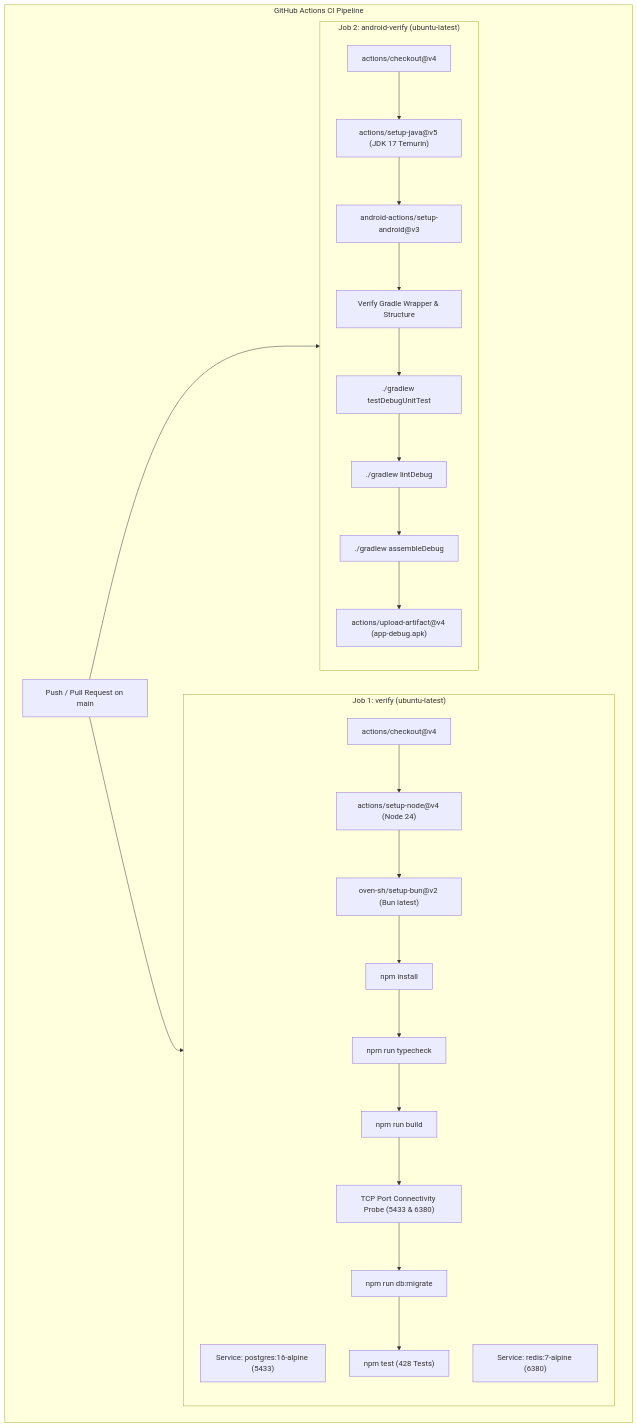
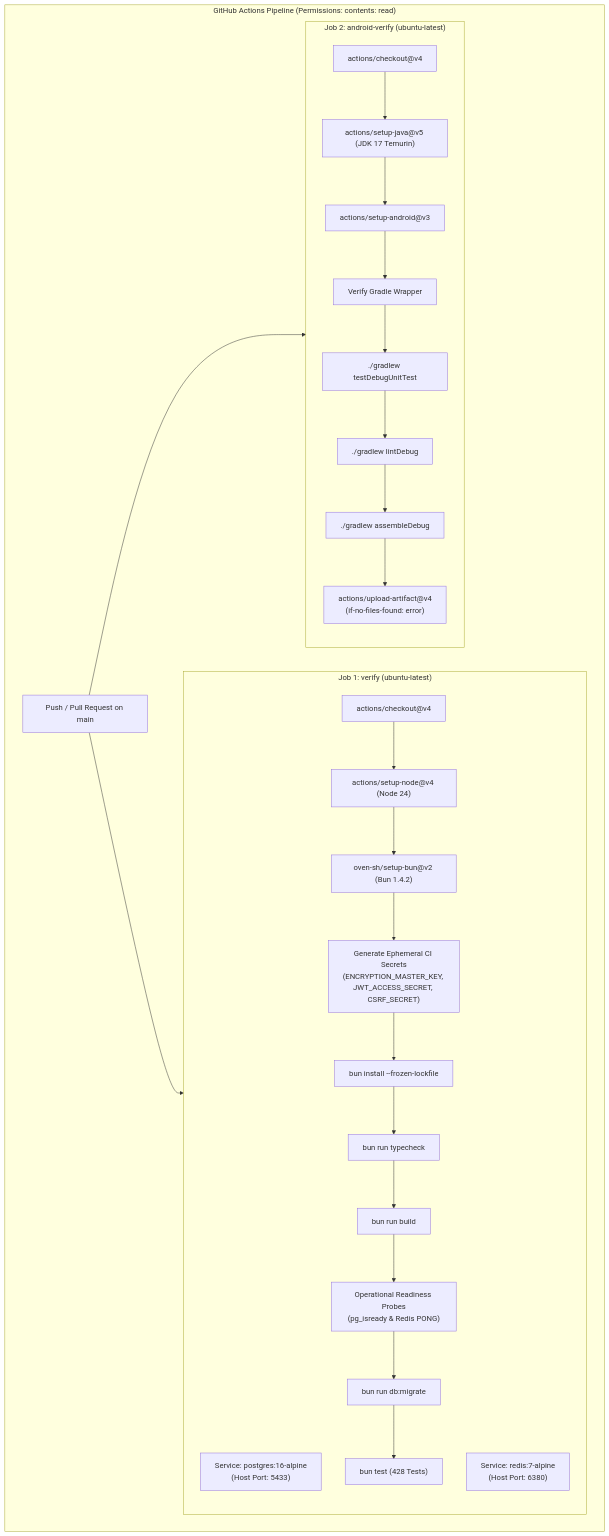
The diagram in docs/reports/REMOTE_CI_READINESS.md (realmadede/BriskSMS), drawn with Mermaid before and after one commit. The commit also changed other lines of this file and 9 other files, not shown here.

Commit message:
chore(ci): enforce authoritative bun package manager, ephemeral secrets, and operational readiness probes

````diff
--- a/docs/reports/REMOTE_CI_READINESS.md
+++ b/docs/reports/REMOTE_CI_READINESS.md
@@ -52,30 +75,31 @@
 ```mermaid
 flowchart TD
-    subgraph GitHub_Actions["GitHub Actions CI Pipeline"]
-        Trigger["Push / Pull Request on main"] --> MonorepoJob["verify: Monorepo Backend, Web & Libs"]
-        Trigger --> AndroidJob["android-verify: Android Companion App"]
+    subgraph CI["GitHub Actions Pipeline (Permissions: contents: read)"]
+        PushPR["Push / Pull Request on main"] --> MonorepoJob["verify: Monorepo Backend & Web"]
+        PushPR --> AndroidJob["android-verify: Android Companion App"]
         
         subgraph MonorepoJob["Job 1: verify (ubuntu-latest)"]
-            PG["Service: postgres:16-alpine (5433)"]
-            RD["Service: redis:7-alpine (6380)"]
-            Checkout1["actions/checkout@v4"] --> NodeSetup["actions/setup-node@v4 (Node 24)"]
-            NodeSetup --> BunSetup["oven-sh/setup-bun@v2 (Bun latest)"]
-            BunSetup --> Install["npm install"]
-            Install --> Typecheck["npm run typecheck"]
-            Typecheck --> Build["npm run build"]
-            Build --> TCPCheck["TCP Port Connectivity Probe (5433 & 6380)"]
-            TCPCheck --> Migrate["npm run db:migrate"]
-            Migrate --> TestSuite["npm test (428 Tests)"]
+            PG["Service: postgres:16-alpine<br/>(Host Port: 5433)"]
+            RD["Service: redis:7-alpine<br/>(Host Port: 6380)"]
+            Checkout1["actions/checkout@v4"] --> Node24["actions/setup-node@v4 (Node 24)"]
+            Node24 --> BunSetup["oven-sh/setup-bun@v2 (Bun 1.4.2)"]
+            BunSetup --> EphemeralSecrets["Generate Ephemeral CI Secrets<br/>(ENCRYPTION_MASTER_KEY, JWT_ACCESS_SECRET, CSRF_SECRET)"]
+            EphemeralSecrets --> BunInstall["bun install --frozen-lockfile"]
+            BunInstall --> BunCheck["bun run typecheck"]
+            BunCheck --> BunBuild["bun run build"]
+            BunBuild --> Probes["Operational Readiness Probes<br/>(pg_isready & Redis PONG)"]
+            Probes --> Migrate["bun run db:migrate"]
+            Migrate --> TestCorpus["bun test (428 Tests)"]
         end
         
         subgraph AndroidJob["Job 2: android-verify (ubuntu-latest)"]
             Checkout2["actions/checkout@v4"] --> JavaSetup["actions/setup-java@v5 (JDK 17 Temurin)"]
-            JavaSetup --> AndroidSDK["android-actions/setup-android@v3"]
-            AndroidSDK --> Wrapper["Verify Gradle Wrapper & Structure"]
-            Wrapper --> AndroidTest["./gradlew testDebugUnitTest"]
-            AndroidTest --> AndroidLint["./gradlew lintDebug"]
-            AndroidLint --> Assemble["./gradlew assembleDebug"]
-            Assemble --> Artifact["actions/upload-artifact@v4 (app-debug.apk)"]
+            JavaSetup --> SDK["actions/setup-android@v3"]
+            SDK --> Wrapper["Verify Gradle Wrapper"]
+            Wrapper --> UnitTests["./gradlew testDebugUnitTest"]
+            UnitTests --> Lint["./gradlew lintDebug"]
+            Lint --> Assemble["./gradlew assembleDebug"]
+            Assemble --> Artifact["actions/upload-artifact@v4<br/>(if-no-files-found: error)"]
         end
     end
 ```
````
